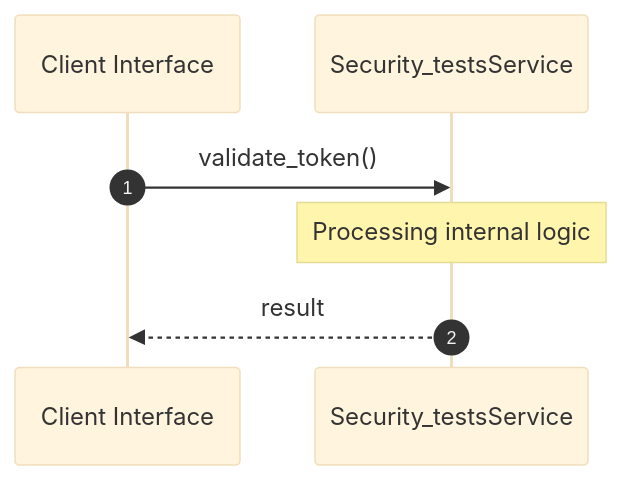
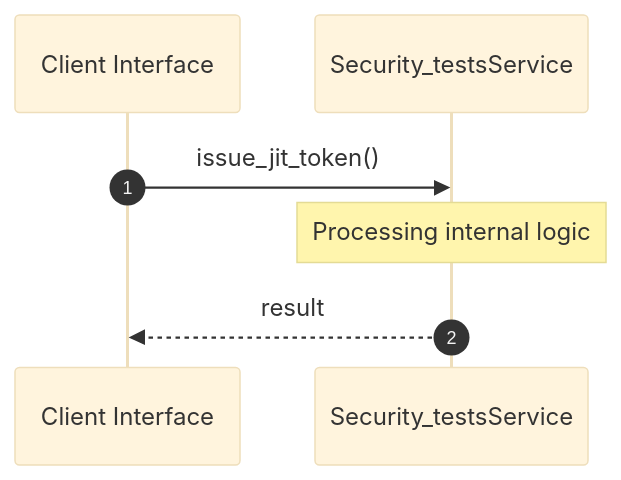
One commit to lgcorzo/rust_CACD_autonomous_factory changed the second of 2 diagrams in openwiki/crates_factory-core_tests_security_tests_rs.md. Above: the diagram before and after it, drawn with Mermaid (base theme). The commit also changed other lines of this file and 76 other files, not shown here.

````diff
--- a/openwiki/crates_factory-core_tests_security_tests_rs.md
+++ b/openwiki/crates_factory-core_tests_security_tests_rs.md
@@ -89,10 +89,10 @@
 ```mermaid
 sequenceDiagram
     autonumber
     participant Caller as Client Interface
     participant Svc as Security_testsService
-    Caller->>Svc: validate_token()
+    Caller->>Svc: issue_jit_token()
     Note over Svc: Processing internal logic
     Svc-->>Caller: result
 
 ```
````
